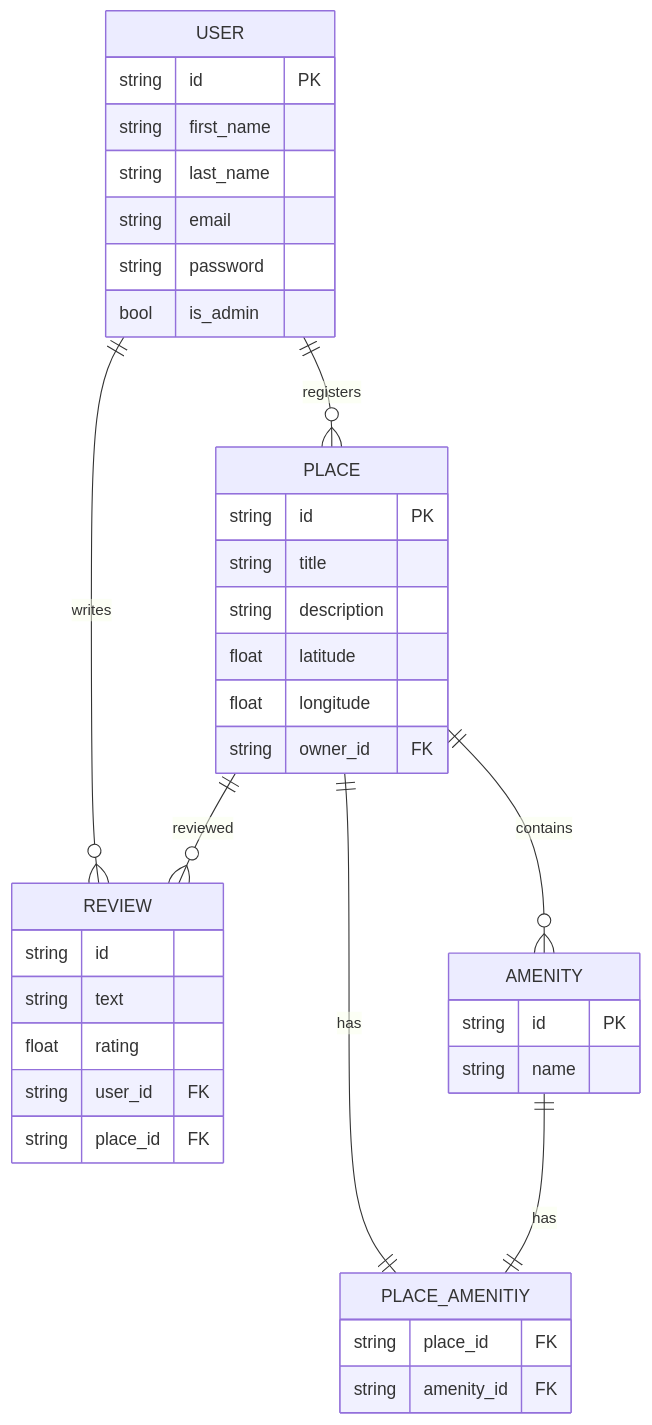
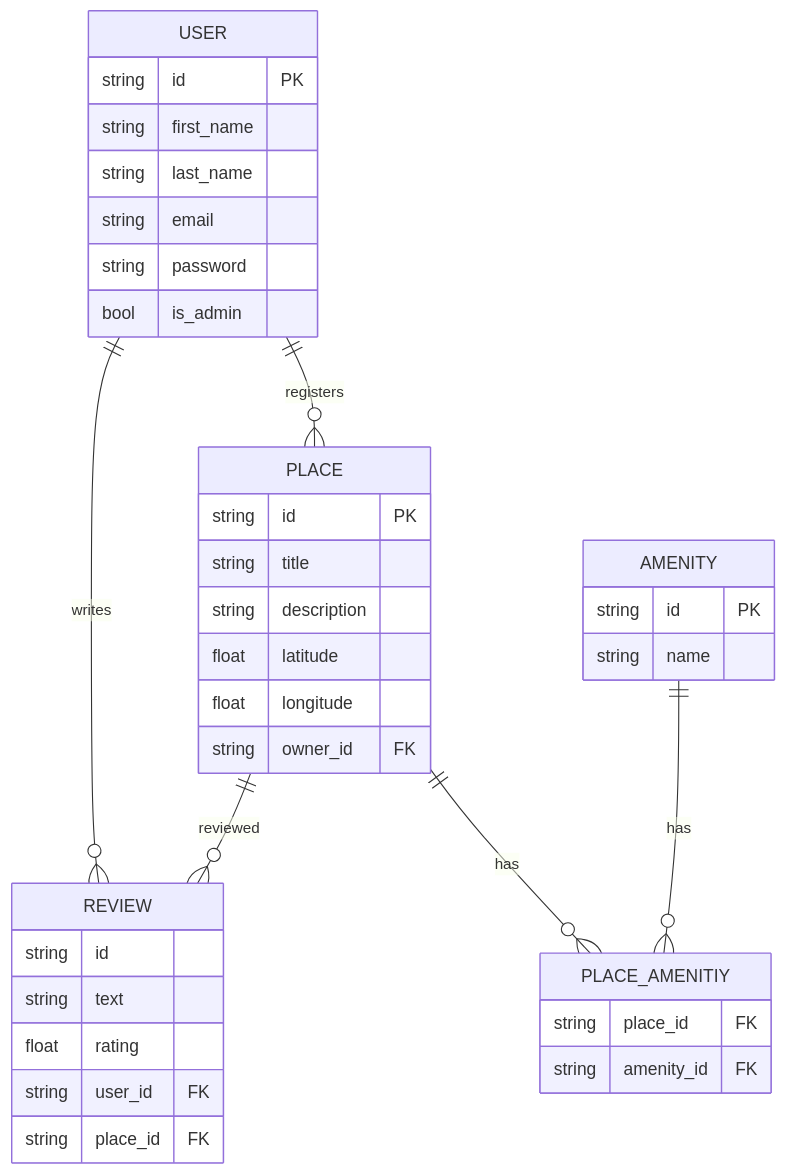
One commit to Ethan-of-Aussie/holbertonschool-hbnb changed the diagram in README.md. Above: the diagram before and after it, drawn with Mermaid. The commit also changed other lines of this file, not shown here.

````diff
--- a/README.md
+++ b/README.md
@@ -69,41 +71,40 @@
 ```mermaid
 erDiagram
     USER ||--o{ PLACE : registers
     USER ||--o{ REVIEW : writes
     PLACE ||--o{ REVIEW : reviewed
-    PLACE ||--o{ AMENITY : contains
-    PLACE ||--|| PLACE_AMENITIY: has
-    AMENITY ||--|| PLACE_AMENITIY: has
+    PLACE ||--o{ PLACE_AMENITIY: has
+    AMENITY ||--o{ PLACE_AMENITIY: has
 
     USER {
         string id PK
         string first_name
         string last_name
         string email
         string password
         bool is_admin
     }
     PLACE {
         string id PK
         string title
         string description
         float latitude
         float longitude
         string owner_id FK
     }
     REVIEW {
         string id
         string text
         float rating
         string user_id FK
         string place_id FK
     }
     AMENITY {
         string id PK
         string name
     }
     PLACE_AMENITIY {
         string place_id FK
         string amenity_id FK
     }
 ```
````
